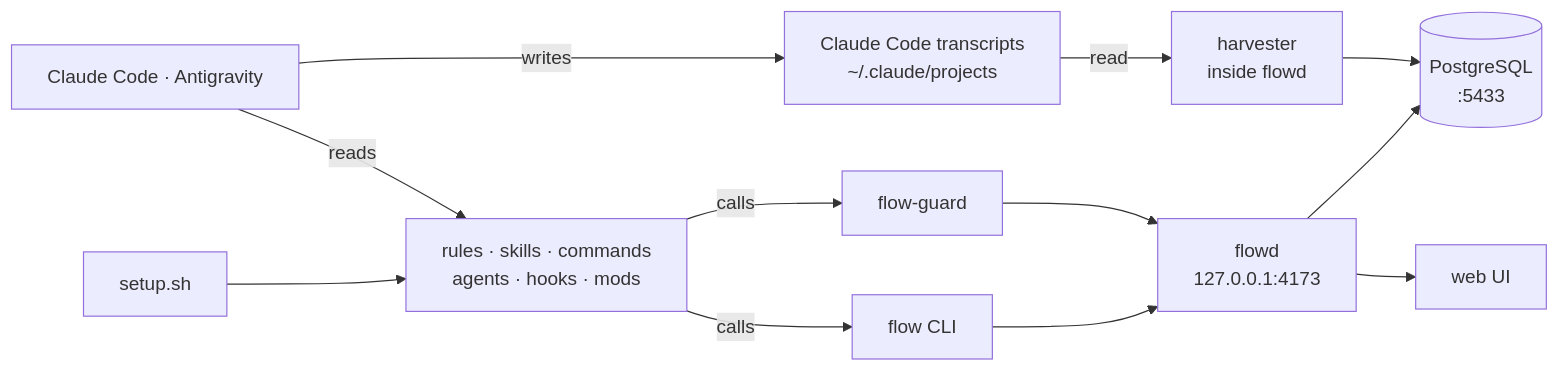
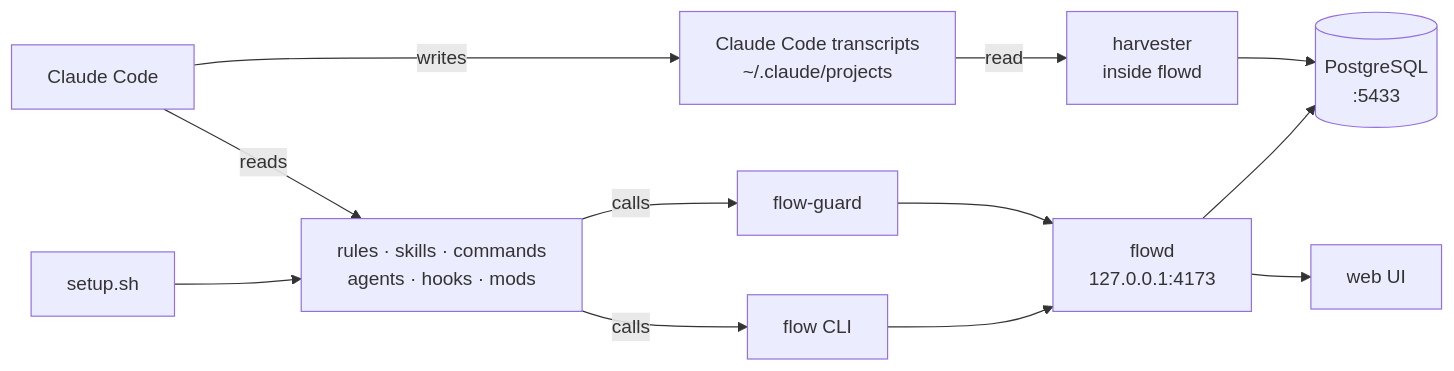
The first of 2 diagrams in README.md (tweety53/agents), drawn with Mermaid before and after one commit. The commit also changed other lines of this file and 14 other files, not shown here.

````diff
--- a/README.md
+++ b/README.md
@@ -32,14 +31,14 @@
 ```mermaid
 flowchart LR
     setup["setup.sh"] --> inst["rules · skills · commands<br/>agents · hooks · mods"]
-    cc["Claude Code · Antigravity"] -- reads --> inst
+    cc["Claude Code"] -- reads --> inst
     inst -- calls --> cli["flow CLI"]
     inst -- calls --> fg["flow-guard"]
     cli --> flowd["flowd<br/>127.0.0.1:4173"]
     fg --> flowd
     flowd --> pg[("PostgreSQL<br/>:5433")]
     flowd --> ui["web UI"]
     cc -- writes --> tr["Claude Code transcripts<br/>~/.claude/projects"]
     tr -- read --> hv["harvester<br/>inside flowd"]
     hv --> pg
 ```
````
